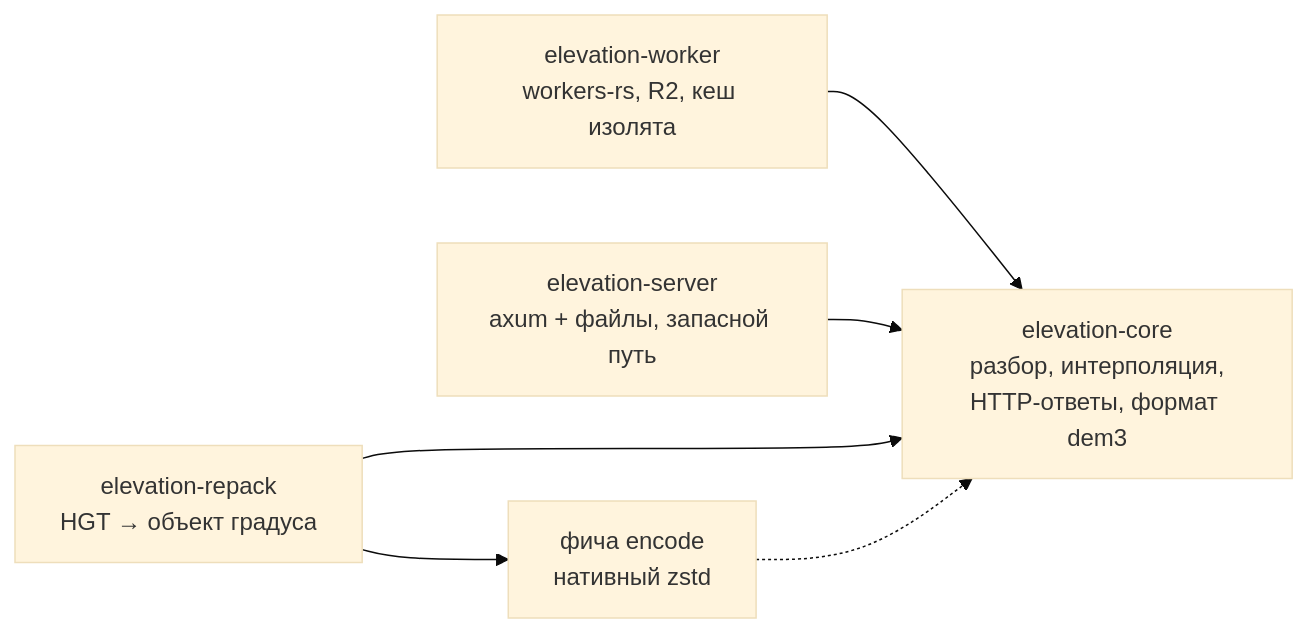
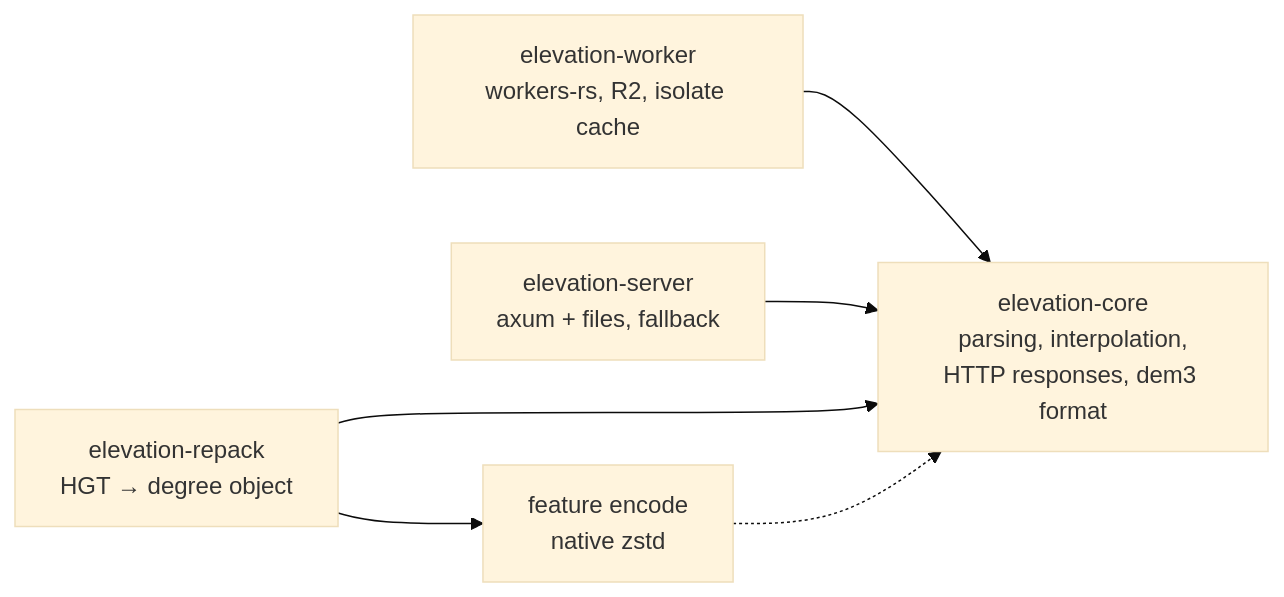
Before and after one commit to sergeycw/nakarte: the first of 3 diagrams in docs/architecture/elevation.md, drawn with Mermaid (base theme). The commit also changed other lines of this file and 11 other files, not shown here.

````diff
--- a/docs/architecture/elevation.md
+++ b/docs/architecture/elevation.md
@@ -9,14 +9,14 @@
 ```mermaid
 flowchart LR
-    core["elevation-core<br/>разбор, интерполяция,<br/>HTTP-ответы, формат dem3"]
-    worker["elevation-worker<br/>workers-rs, R2, кеш изолята"]
-    server["elevation-server<br/>axum + файлы, запасной путь"]
-    repack["elevation-repack<br/>HGT → объект градуса"]
-    zstd["фича encode<br/>нативный zstd"]
+    core["elevation-core<br/>parsing, interpolation,<br/>HTTP responses, dem3 format"]
+    worker["elevation-worker<br/>workers-rs, R2, isolate cache"]
+    server["elevation-server<br/>axum + files, fallback"]
+    repack["elevation-repack<br/>HGT → degree object"]
+    zstd["feature encode<br/>native zstd"]
 
     worker --> core
     server --> core
     repack --> core
     repack --> zstd
     zstd -.-> core
 ```
````
